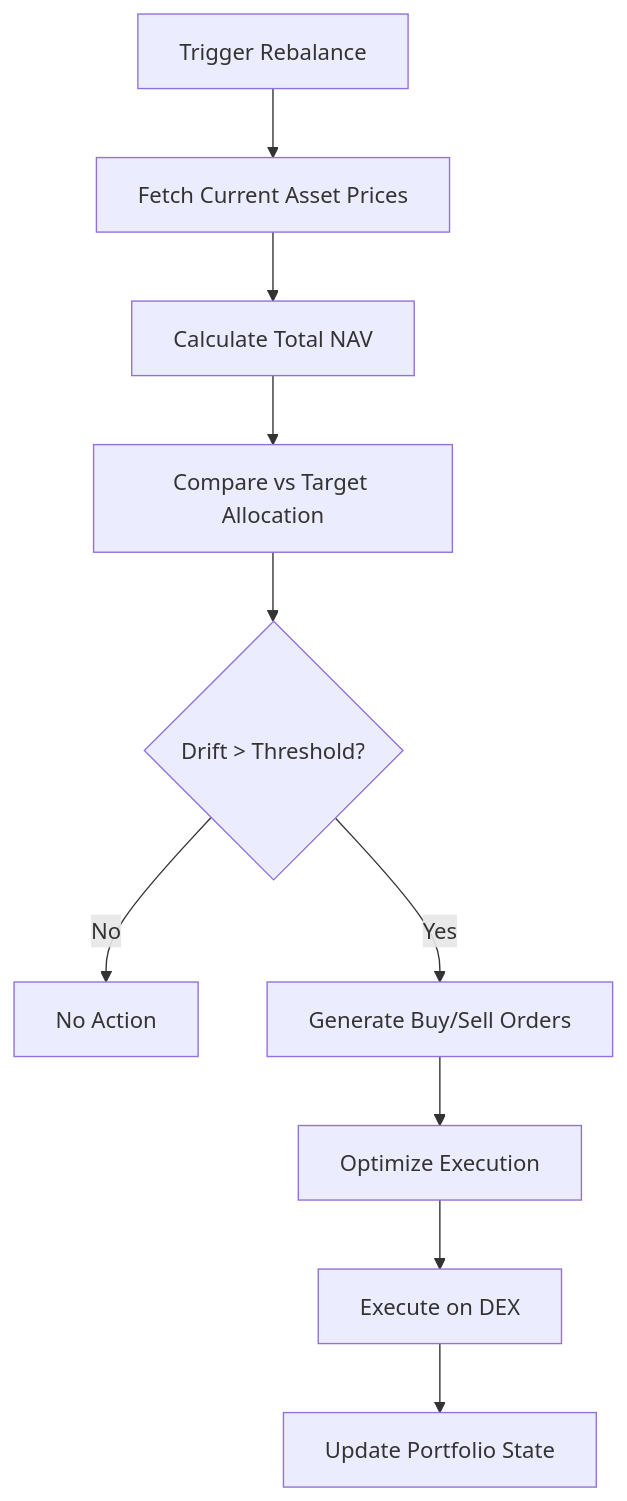
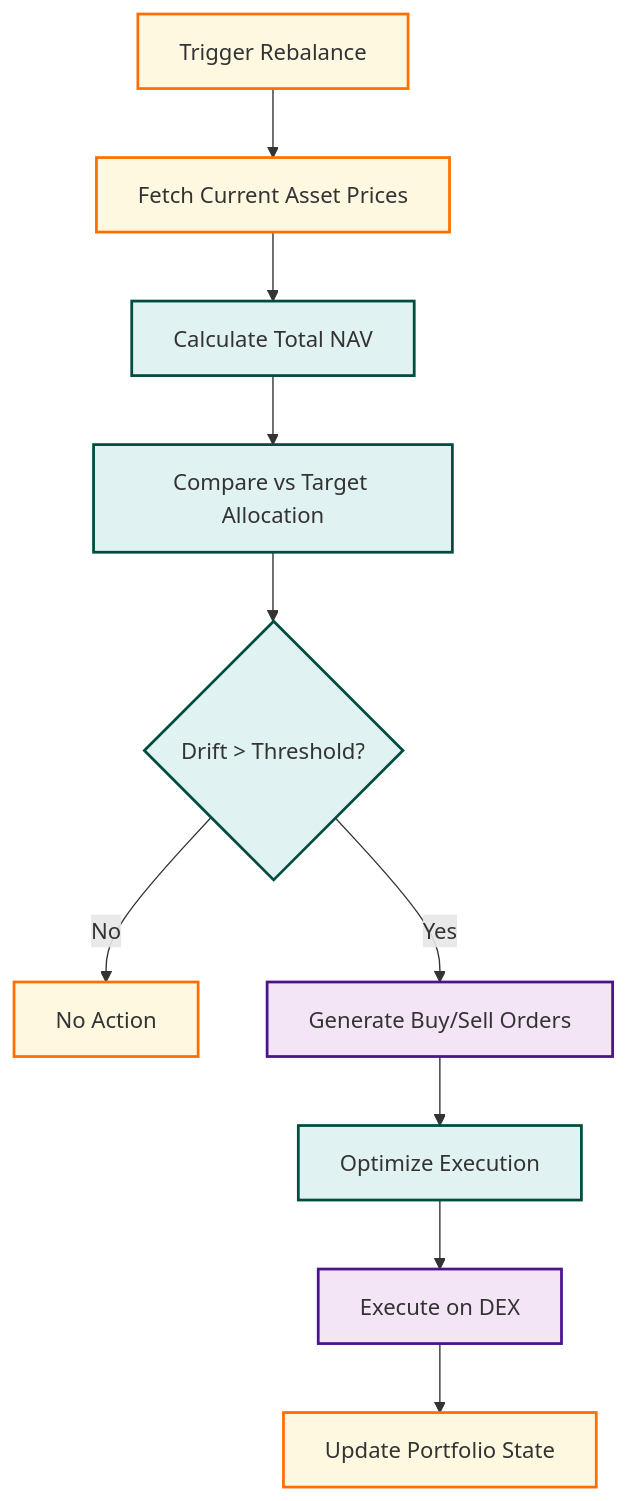
One commit to MrDecryptDecipher/xrpl-institutional-fund-management changed diagram 11 of 17 in README.md. Above: the diagram before and after it, drawn with Mermaid. The commit also changed other lines of this file, not shown here.

Commit message:
docs: enhance mermaid diagrams with color and detail

````diff
--- a/README.md
+++ b/README.md
@@ -319,14 +461,19 @@
 ```mermaid
 graph TD
-    Start[Trigger Rebalance] --> FetchPrices[Fetch Current Asset Prices]
-    FetchPrices --> CalcNAV[Calculate Total NAV]
-    CalcNAV --> Compare[Compare vs Target Allocation]
+    %% Styles
+    classDef step fill:#fff8e1,stroke:#ff6f00,stroke-width:2px;
+    classDef calc fill:#e0f2f1,stroke:#004d40,stroke-width:2px;
+    classDef action fill:#f3e5f5,stroke:#4a148c,stroke-width:2px;
+
+    Start[Trigger Rebalance]:::step --> FetchPrices[Fetch Current Asset Prices]:::step
+    FetchPrices --> CalcNAV[Calculate Total NAV]:::calc
+    CalcNAV --> Compare[Compare vs Target Allocation]:::calc
     
-    Compare --> Drift{Drift > Threshold?}
-    Drift -- No --> End[No Action]
-    Drift -- Yes --> GenOrders[Generate Buy/Sell Orders]
+    Compare --> Drift{Drift > Threshold?}:::calc
+    Drift -- No --> End[No Action]:::step
+    Drift -- Yes --> GenOrders[Generate Buy/Sell Orders]:::action
     
-    GenOrders --> Optimize[Optimize Execution]
-    Optimize --> Execute[Execute on DEX]
-    Execute --> Update[Update Portfolio State]
+    GenOrders --> Optimize[Optimize Execution]:::calc
+    Optimize --> Execute[Execute on DEX]:::action
+    Execute --> Update[Update Portfolio State]:::step
 ```
````
